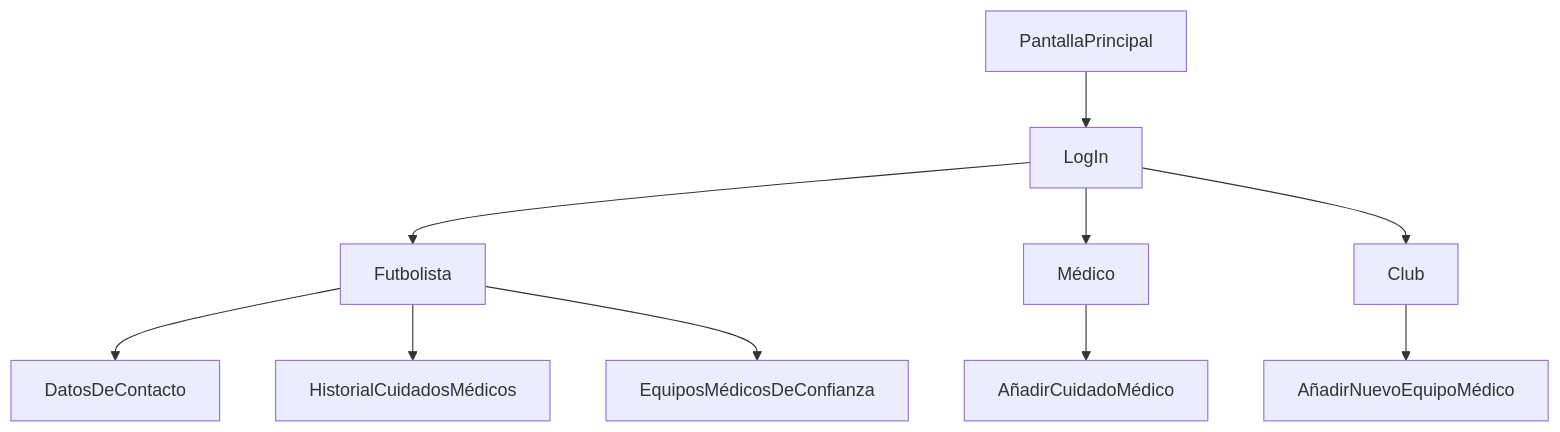
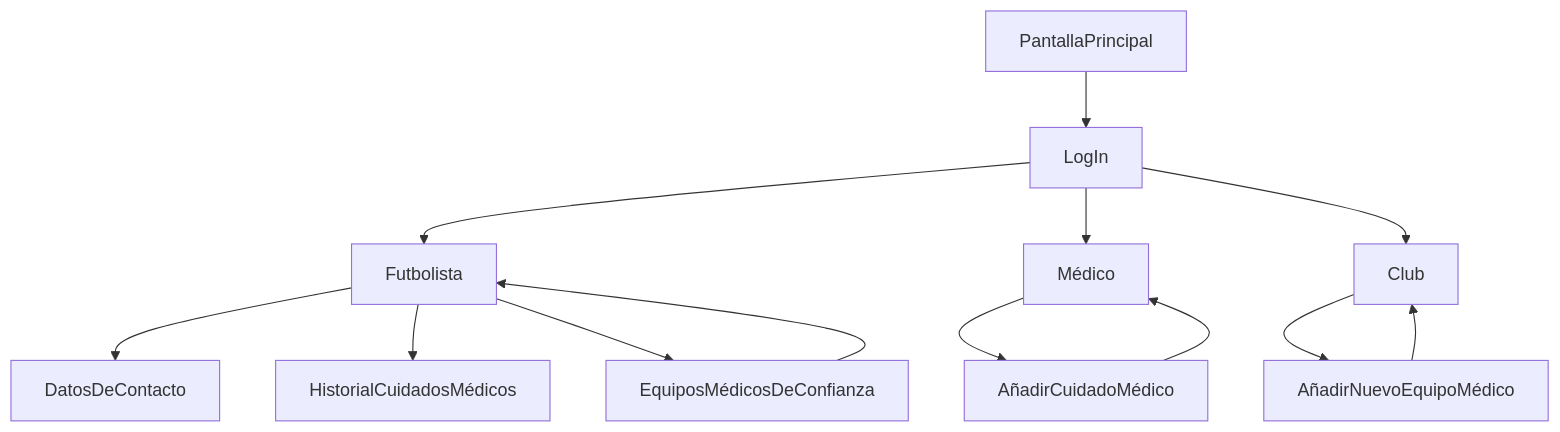
One commit to CarlosConcheso/eHealthHistory changed the diagram in README.md. Above: the diagram before and after it, drawn with Mermaid. The commit also changed other lines of this file, not shown here.

````diff
--- a/README.md
+++ b/README.md
@@ -37,17 +37,20 @@
 ```mermaid
 graph TD;
     PantallaPrincipal-->LogIn;
     
     LogIn-->Futbolista;
     LogIn-->Médico;
     LogIn-->Club;
     
     Futbolista-->DatosDeContacto;
     Futbolista-->HistorialCuidadosMédicos;
     Futbolista-->EquiposMédicosDeConfianza;
+    EquiposMédicosDeConfianza-->Futbolista;
     
-    Médico-->AñadirCuidadoMédico
+    Médico-->AñadirCuidadoMédico;
+    AñadirCuidadoMédico-->Médico;
     
-    Club-->AñadirNuevoEquipoMédico
+    Club-->AñadirNuevoEquipoMédico;
+    AñadirNuevoEquipoMédico-->Club;
 
 ```
````
